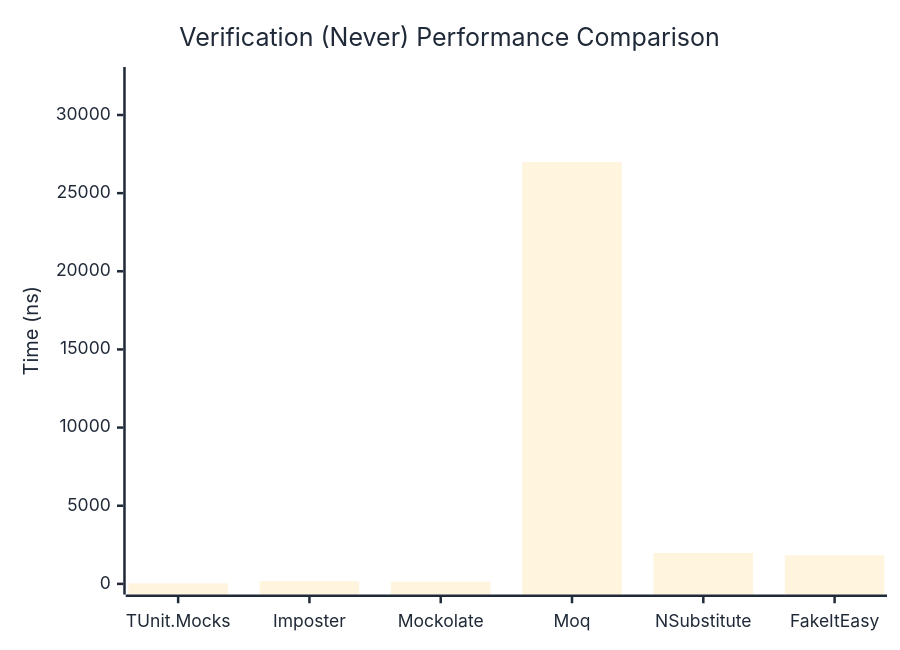
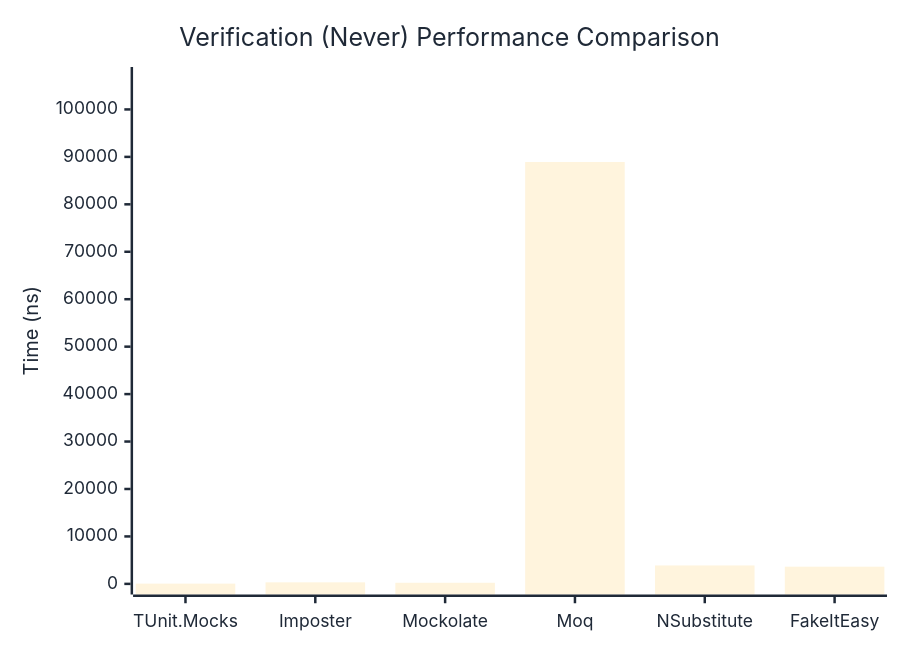
The second of 3 diagrams in docs/docs/benchmarks/mocks/Verification.md (thomhurst/TUnit), drawn with Mermaid before and after one commit. The commit also changed other lines of this file and 14 other files, not shown here.

````diff
--- a/docs/docs/benchmarks/mocks/Verification.md
+++ b/docs/docs/benchmarks/mocks/Verification.md
@@ -71,27 +71,27 @@
 ```mermaid
 %%{init: {
   'theme':'base',
   'themeVariables': {
     'primaryColor': '#2563eb',
     'primaryTextColor': '#1f2937',
     'primaryBorderColor': '#1e40af',
     'lineColor': '#6b7280',
     'secondaryColor': '#7c3aed',
     'tertiaryColor': '#dc2626',
     'background': '#ffffff',
     'pie1': '#2563eb',
     'pie2': '#7c3aed',
     'pie3': '#dc2626',
     'pie4': '#f59e0b',
     'pie5': '#10b981',
     'pie6': '#06b6d4',
     'pie7': '#ec4899',
     'pie8': '#6366f1'
   }
 }}%%
 xychart-beta
   title "Verification (Never) Performance Comparison"
   x-axis ["TUnit.Mocks", "Imposter", "Mockolate", "Moq", "NSubstitute", "FakeItEasy"]
-  y-axis "Time (ns)" 0 --> 32391
-  bar [33.39, 173.66, 131.5, 26992.11, 1979.57, 1835.18]
+  y-axis "Time (ns)" 0 --> 106704
+  bar [52.09, 322.75, 232.16, 88919.21, 3881.85, 3622.76]
 ```
````
